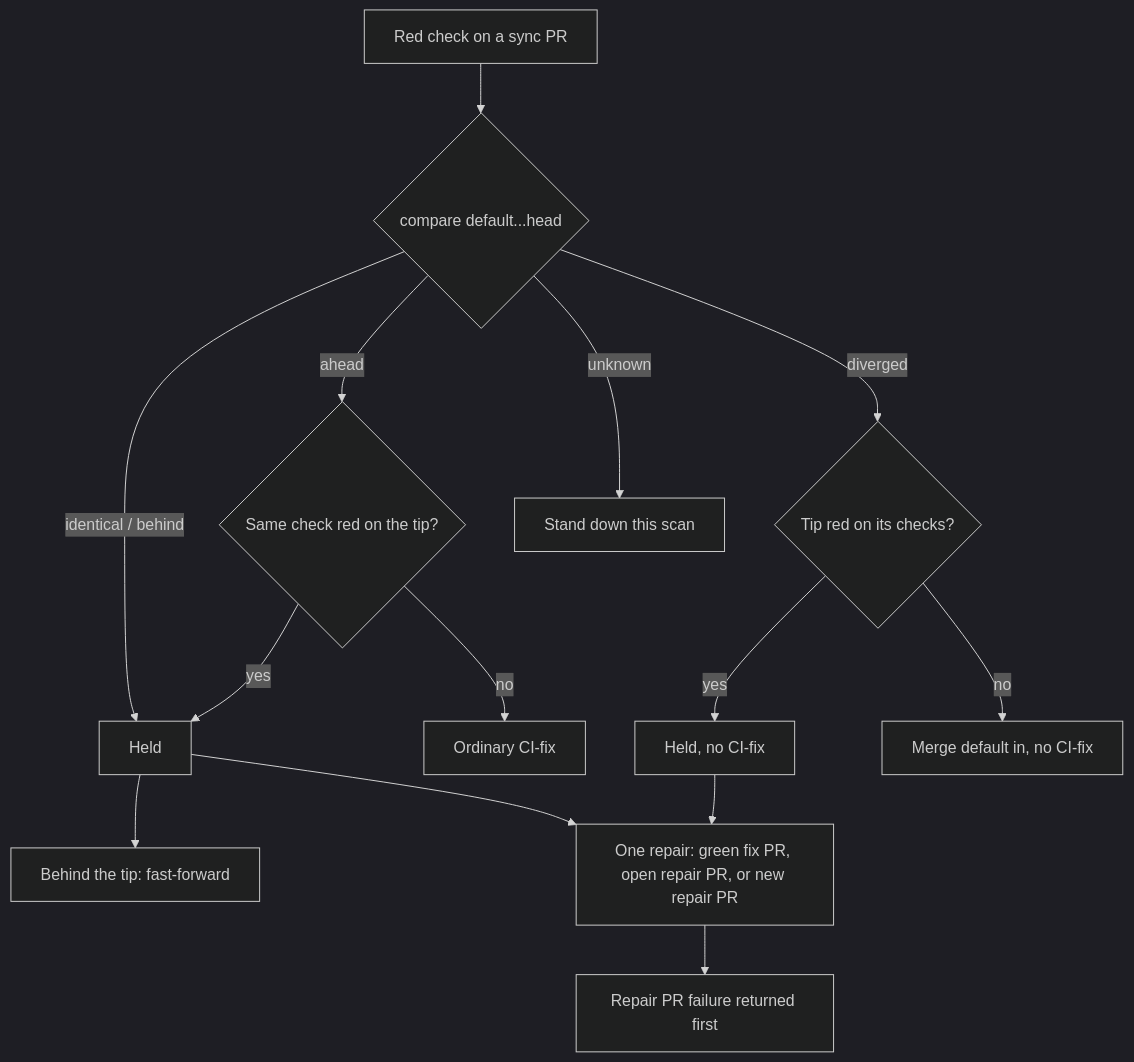
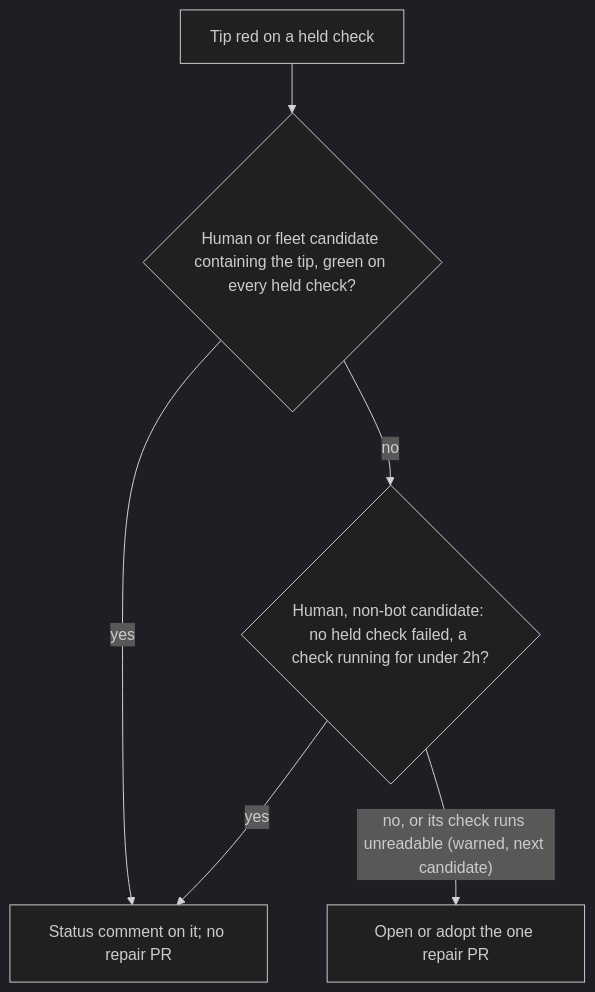
One commit to stSoftwareAU/VibeCoder changed the diagram in docs/archive/pr-summaries/pr-summary-5437.md. Above: the diagram before and after it, drawn with Mermaid (dark theme). The commit also changed other lines of this file, not shown here.

First line of the commit message:
Rewrite the #5437 summary for the running-fix increment

````diff
--- a/docs/archive/pr-summaries/pr-summary-5437.md
+++ b/docs/archive/pr-summaries/pr-summary-5437.md
@@ -107,16 +79,8 @@
 ```mermaid
 flowchart TD
-    S["Red check on a sync PR"] --> A{"compare default...head"}
-    A -- "identical / behind" --> H["Held"]
-    A -- "ahead" --> T{"Same check red on the tip?"}
-    T -- yes --> H
-    T -- no --> O["Ordinary CI-fix"]
-    A -- "diverged" --> D{"Tip red on its checks?"}
-    D -- yes --> H2["Held, no CI-fix"]
-    D -- no --> M["Merge default in, no CI-fix"]
-    A -- "unknown" --> U["Stand down this scan"]
-    H --> FF["Behind the tip: fast-forward"]
-    H --> R["One repair: green fix PR, open repair PR, or new repair PR"]
-    H2 --> R
-    R --> P["Repair PR failure returned first"]
+    R["Tip red on a held check"] --> G{"Human or fleet candidate containing the tip, green on every held check?"}
+    G -- yes --> C["Status comment on it; no repair PR"]
+    G -- no --> P{"Human, non-bot candidate: no held check failed, a check running for under 2h?"}
+    P -- yes --> C
+    P -- "no, or its check runs unreadable (warned, next candidate)" --> X["Open or adopt the one repair PR"]
 ```
````
